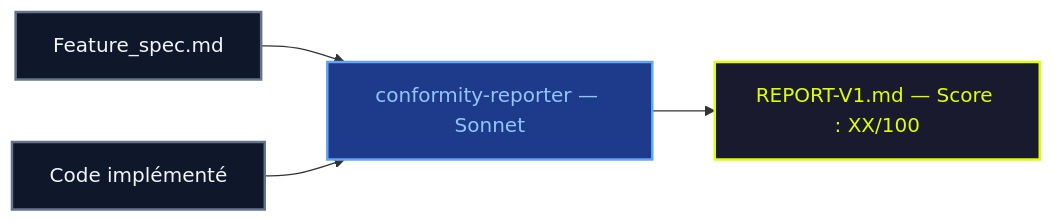
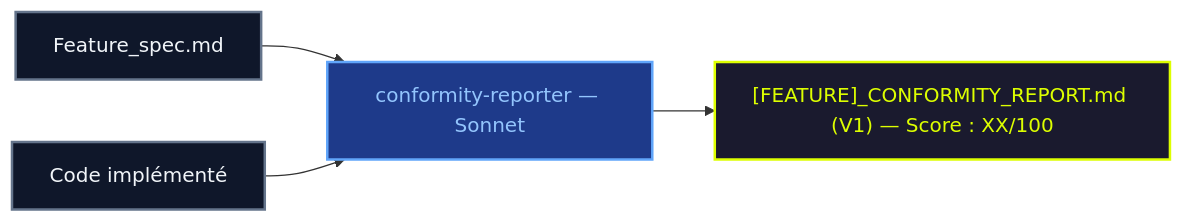
One commit to fondative/claude-code-ecosystem changed diagram 12 of 15 in docs/guide/methodology.md. Above: the diagram before and after it, drawn with Mermaid. The commit also changed other lines of this file and 260 other files, not shown here.

````diff
--- a/docs/guide/methodology.md
+++ b/docs/guide/methodology.md
@@ -490,19 +518,19 @@
 ```mermaid
 graph LR
     SPEC["Feature_spec.md"]
     CODE["Code implémenté"]
     CR["conformity-reporter — Sonnet"]
-    REPORT["REPORT-V1.md — Score : XX/100"]
+    REPORT["[FEATURE]_CONFORMITY_REPORT.md (V1) — Score : XX/100"]
 
     SPEC --> CR
     CODE --> CR
     CR --> REPORT
 
     classDef input fill:#0f172a,stroke:#64748b,stroke-width:2px,color:#f1f5f9
     classDef sonnet fill:#1e3a8a,stroke:#60a5fa,stroke-width:2px,color:#93c5fd
     classDef output fill:#1a1a2e,stroke:#ddff00,stroke-width:2px,color:#ddff00
 
     class SPEC,CODE input
     class CR sonnet
     class REPORT output
 ```
````
